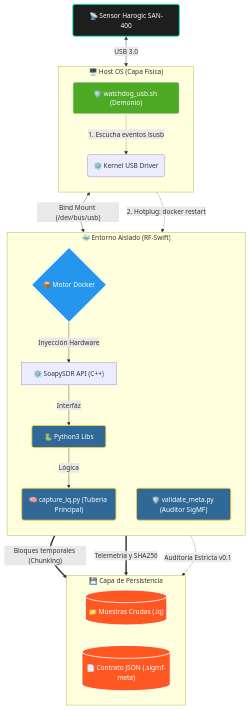
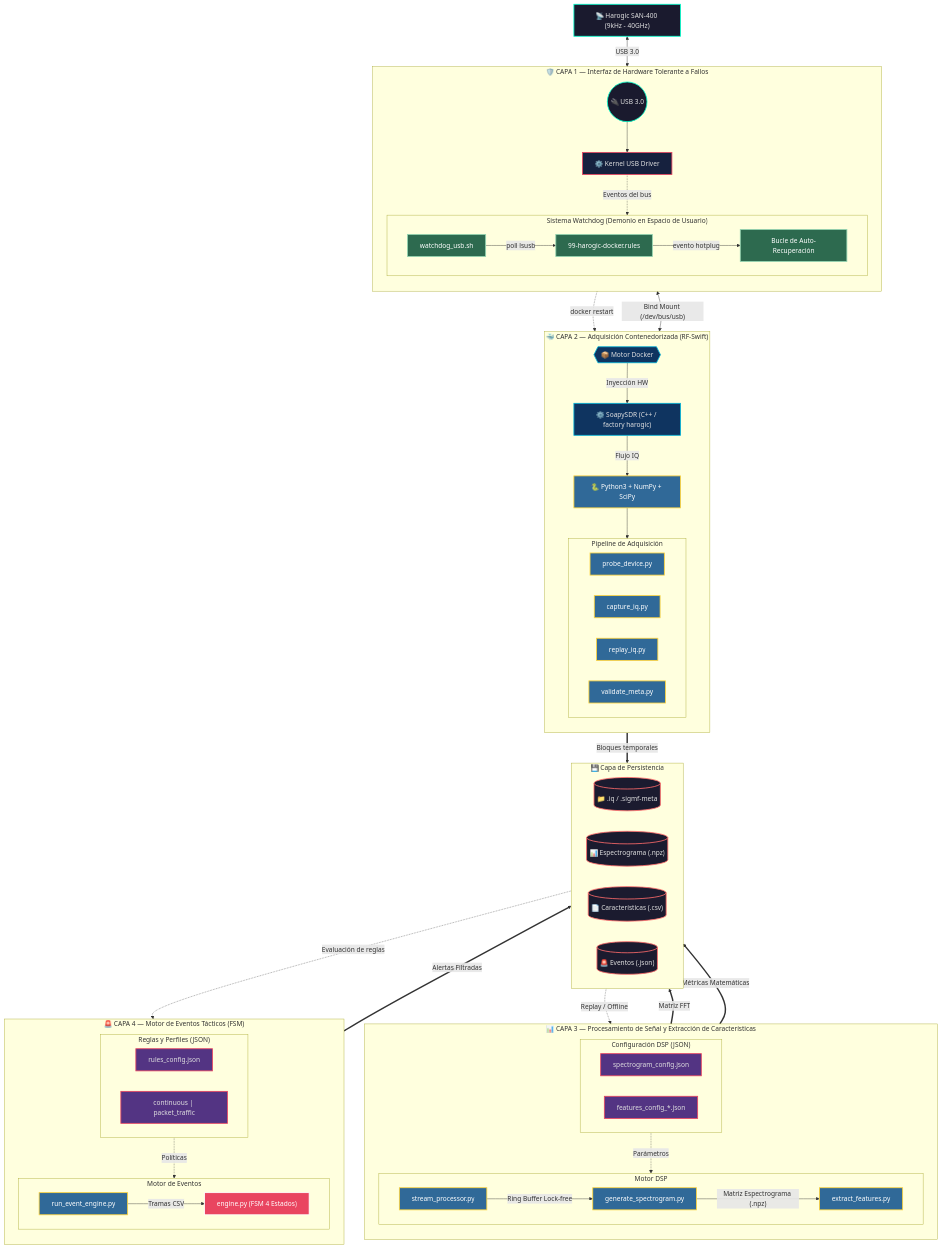
Before and after one commit to dielectronico314/Spectre-Horizon: the diagram in README.es.md, drawn with Mermaid. The commit also changed other lines of this file and 1 other file, not shown here.

Commit message:
docs: Reescribir arquitectura completa del README — pipeline de 4 capas, Watchdog destacado, estructura de proyecto, roadmap día a día (Días 1-14)

````diff
--- a/README.es.md
+++ b/README.es.md
@@ -50,44 +49,108 @@
 ```mermaid
 flowchart TB
-    %% Definición de paleta de colores profesional
-    classDef hardware fill:#1e1e1e,stroke:#00ffcc,stroke-width:2px,color:#fff,rx:5px,ry:5px
-    classDef docker fill:#2496ed,stroke:#ffffff,stroke-width:2px,color:#fff,rx:5px,ry:5px
-    classDef python fill:#306998,stroke:#ffd43b,stroke-width:2px,color:#fff,rx:5px,ry:5px
-    classDef storage fill:#ff5722,stroke:#ffffff,stroke-width:2px,color:#fff,rx:5px,ry:5px
-    classDef bash fill:#4eaa25,stroke:#ffffff,stroke-width:2px,color:#fff,rx:5px,ry:5px
+    classDef hardware fill:#1a1a2e,stroke:#00ffcc,stroke-width:2px,color:#e0e0e0
+    classDef host fill:#16213e,stroke:#e94560,stroke-width:2px,color:#e0e0e0
+    classDef docker fill:#0f3460,stroke:#00b4d8,stroke-width:2px,color:#e0e0e0
+    classDef python fill:#306998,stroke:#ffd43b,stroke-width:2px,color:#fff
+    classDef config fill:#533483,stroke:#e94560,stroke-width:2px,color:#e0e0e0
+    classDef storage fill:#1b1b2f,stroke:#ff6b6b,stroke-width:2px,color:#e0e0e0
+    classDef alert fill:#e94560,stroke:#ffffff,stroke-width:2px,color:#fff
+    classDef bash fill:#2d6a4f,stroke:#95d5b2,stroke-width:2px,color:#fff
 
-    A["📡 Sensor Harogic SAN-400"]:::hardware <-->|"USB 3.0"| B
-    
-    subgraph HOST["🖥️ Host OS (Capa Física)"]
+    SENSOR["📡 Harogic SAN-400 (9kHz - 40GHz)"]:::hardware
+
+    subgraph LAYER1["🛡️ CAPA 1 — Interfaz de Hardware Tolerante a Fallos"]
         direction TB
-        B("⚙️ Kernel USB Driver")
-        W["🛡️ watchdog_usb.sh (Demonio)"]:::bash
-        W -.->|"1. Escucha eventos lsusb"| B
-    end
-    
-    subgraph DOCKER["🐳 Entorno Aislado (RF-Swift)"]
-        direction TB
-        C{"📦 Motor Docker"}:::docker
-        D["⚙️ SoapySDR API (C++)"]
-        E["🐍 Python3 Libs"]:::python
-        F("🧠 capture_iq.py (Tubería Principal)"):::python
-        V("🛡️ validate_meta.py (Auditor SigMF)"):::python
-        
-        C -->|"Inyección Hardware"| D
-        D -->|"Interfáz"| E
-        E -->|"Lógica"| F
+        USB(("🔌 USB 3.0")):::hardware
+        KERNEL["⚙️ Kernel USB Driver"]:::host
+
+        subgraph WATCHDOG["Sistema Watchdog (Demonio en Espacio de Usuario)"]
+            direction LR
+            WD_LISTEN["watchdog_usb.sh"]:::bash
+            WD_UDEV["99-harogic-docker.rules"]:::bash
+            WD_RESTART["Bucle de Auto-Recuperación"]:::bash
+            WD_LISTEN -->|"poll lsusb"| WD_UDEV
+            WD_UDEV -->|"evento hotplug"| WD_RESTART
+        end
+
+        USB --> KERNEL
+        KERNEL -.->|"Eventos del bus"| WATCHDOG
     end
 
-    B <-->|"Bind Mount (/dev/bus/usb)"| C
-    W -.->|"2. Hotplug: docker restart"| C
-    
-    subgraph STORAGE["💾 Capa de Persistencia"]
+    subgraph LAYER2["🐳 CAPA 2 — Adquisición Contenedorizada (RF-Swift)"]
+        direction TB
+        DOCKER{{"📦 Motor Docker"}}:::docker
+        SOAPY["⚙️ SoapySDR (C++ / factory harogic)"]:::docker
+        PYLIBS["🐍 Python3 + NumPy + SciPy"]:::python
+
+        subgraph ACQUISITION["Pipeline de Adquisición"]
+            direction LR
+            PROBE["probe_device.py"]:::python
+            CAPTURE["capture_iq.py"]:::python
+            REPLAY["replay_iq.py"]:::python
+            VALIDATE["validate_meta.py"]:::python
+        end
+
+        DOCKER -->|"Inyección HW"| SOAPY
+        SOAPY -->|"Flujo IQ"| PYLIBS
+        PYLIBS --> ACQUISITION
+    end
+
+    subgraph LAYER3["📊 CAPA 3 — Procesamiento de Señal y Extracción de Características"]
+        direction TB
+
+        subgraph DSP["Motor DSP"]
+            direction LR
+            STREAM["stream_processor.py"]:::python
+            SPECTRO["generate_spectrogram.py"]:::python
+            FEATURES["extract_features.py"]:::python
+            STREAM -->|"Ring Buffer Lock-free"| SPECTRO
+            SPECTRO -->|"Matriz Espectrograma (.npz)"| FEATURES
+        end
+
+        subgraph DSP_CONFIG["Configuración DSP (JSON)"]
+            direction LR
+            SPEC_CFG["spectrogram_config.json"]:::config
+            FEAT_CFG["features_config_*.json"]:::config
+        end
+
+        DSP_CONFIG -.->|"Parámetros"| DSP
+    end
+
+    subgraph LAYER4["🚨 CAPA 4 — Motor de Eventos Tácticos (FSM)"]
+        direction TB
+
+        subgraph ENGINE["Motor de Eventos"]
+            direction LR
+            FSM["engine.py (FSM 4 Estados)"]:::alert
+            RUNNER["run_event_engine.py"]:::python
+            RUNNER -->|"Tramas CSV"| FSM
+        end
+
+        subgraph RULES["Reglas y Perfiles (JSON)"]
+            direction LR
+            RULES_CFG["rules_config.json"]:::config
+            PROFILES["continuous | packet_traffic"]:::config
+        end
+
+        RULES -.->|"Políticas"| ENGINE
+    end
+
+    subgraph PERSISTENCE["💾 Capa de Persistencia"]
         direction LR
-        G[("📁 Muestras Crudas (.iq)")]:::storage
-        H[("📄 Contrato JSON (.sigmf-meta)")]:::storage
+        RAW[("📁 .iq / .sigmf-meta")]:::storage
+        NPZ[("📊 Espectrograma (.npz)")]:::storage
+        CSV[("📄 Características (.csv)")]:::storage
+        EVENTS[("🚨 Eventos (.json)")]:::storage
     end
-    
-    F ==>|"Bloques temporales (Chunking)"| G
-    F ==>|"Telemetría y SHA256"| H
-    V -.->|"Auditoría Estricta v0.1"| H
+
+    SENSOR <-->|"USB 3.0"| LAYER1
+    WD_RESTART -.->|"docker restart"| DOCKER
+    KERNEL <-->|"Bind Mount (/dev/bus/usb)"| DOCKER
+    ACQUISITION ==>|"Bloques temporales"| RAW
+    RAW -.->|"Replay / Offline"| DSP
+    DSP ==>|"Métricas Matemáticas"| CSV
+    SPECTRO ==>|"Matriz FFT"| NPZ
+    CSV -.->|"Evaluación de reglas"| ENGINE
+    FSM ==>|"Alertas Filtradas"| EVENTS
 ```
````
